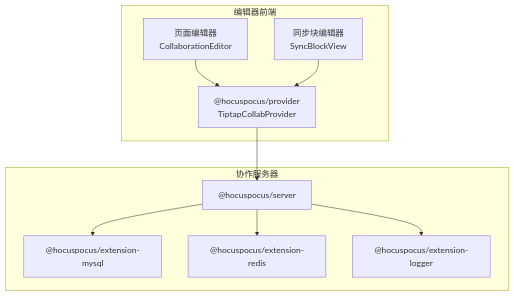
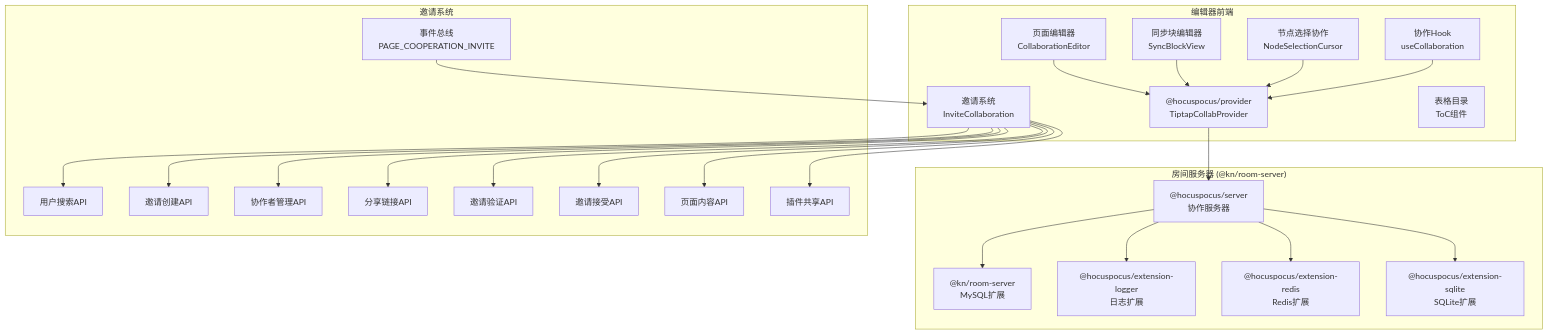
Before and after one commit to LRF0422/Kotion: the first of 18 diagrams in .qoder/repowiki/zh/content/架构设计/实时协作架构.md, drawn with Mermaid. The commit also changed other lines of this file and 75 other files, not shown here.

````diff
--- a/.qoder/repowiki/zh/content/架构设计/实时协作架构.md
+++ b/.qoder/repowiki/zh/content/架构设计/实时协作架构.md
@@ -43,20 +81,48 @@
 ```mermaid
 graph TB
 subgraph "编辑器前端"
 FE_Page["页面编辑器<br/>CollaborationEditor"]
 FE_Block["同步块编辑器<br/>SyncBlockView"]
-Provider["@hocuspocus/provider<br/>TiptapCollabProvider"]
+FE_Provider["@hocuspocus/provider<br/>TiptapCollabProvider"]
+FE_Invite["邀请系统<br/>InviteCollaboration"]
+FE_NodeSel["节点选择协作<br/>NodeSelectionCursor"]
+FE_CollabHook["协作Hook<br/>useCollaboration"]
+FE_ToC["表格目录<br/>ToC组件"]
 end
-subgraph "协作服务器"
-HServer["@hocuspocus/server"]
-ExtMySQL["@hocuspocus/extension-mysql"]
-ExtRedis["@hocuspocus/extension-redis"]
-ExtLogger["@hocuspocus/extension-logger"]
+subgraph "房间服务器 (@kn/room-server)"
+HServer["@hocuspocus/server<br/>协作服务器"]
+ExtMySQL["@kn/room-server<br/>MySQL扩展"]
+ExtLogger["@hocuspocus/extension-logger<br/>日志扩展"]
+ExtRedis["@hocuspocus/extension-redis<br/>Redis扩展"]
+ExtSQLite["@hocuspocus/extension-sqlite<br/>SQLite扩展"]
 end
-FE_Page --> Provider
-FE_Block --> Provider
-Provider --> HServer
+subgraph "邀请系统"
+API_Search["用户搜索API"]
+API_Invite["邀请创建API"]
+API_Collaborators["协作者管理API"]
+API_Share["分享链接API"]
+API_Validation["邀请验证API"]
+API_Accept["邀请接受API"]
+API_Page["页面内容API"]
+API_Plugins["插件共享API"]
+EventBus["事件总线<br/>PAGE_COOPERATION_INVITE"]
+end
+FE_Page --> FE_Provider
+FE_Block --> FE_Provider
+FE_NodeSel --> FE_Provider
+FE_CollabHook --> FE_Provider
+FE_Invite --> API_Search
+FE_Invite --> API_Invite
+FE_Invite --> API_Collaborators
+FE_Invite --> API_Share
+FE_Invite --> API_Validation
+FE_Invite --> API_Accept
+FE_Invite --> API_Page
+FE_Invite --> API_Plugins
+FE_Provider --> HServer
 HServer --> ExtMySQL
 HServer --> ExtRedis
+HServer --> ExtSQLite
 HServer --> ExtLogger
+EventBus --> FE_Invite
 ```
````
